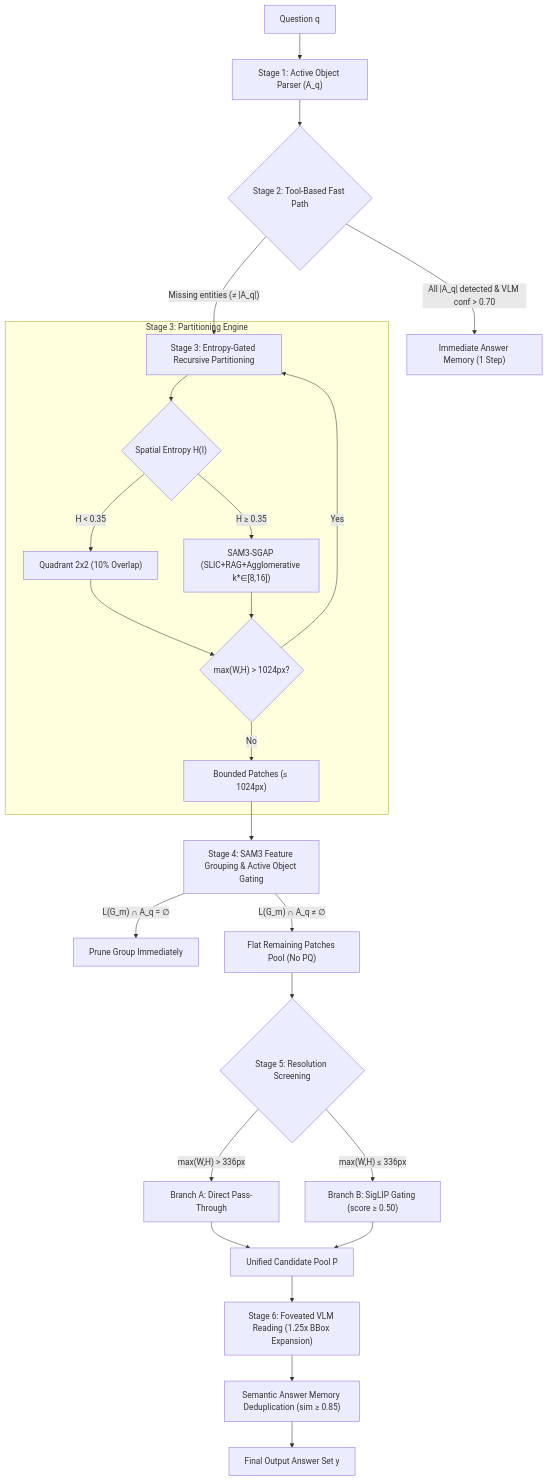
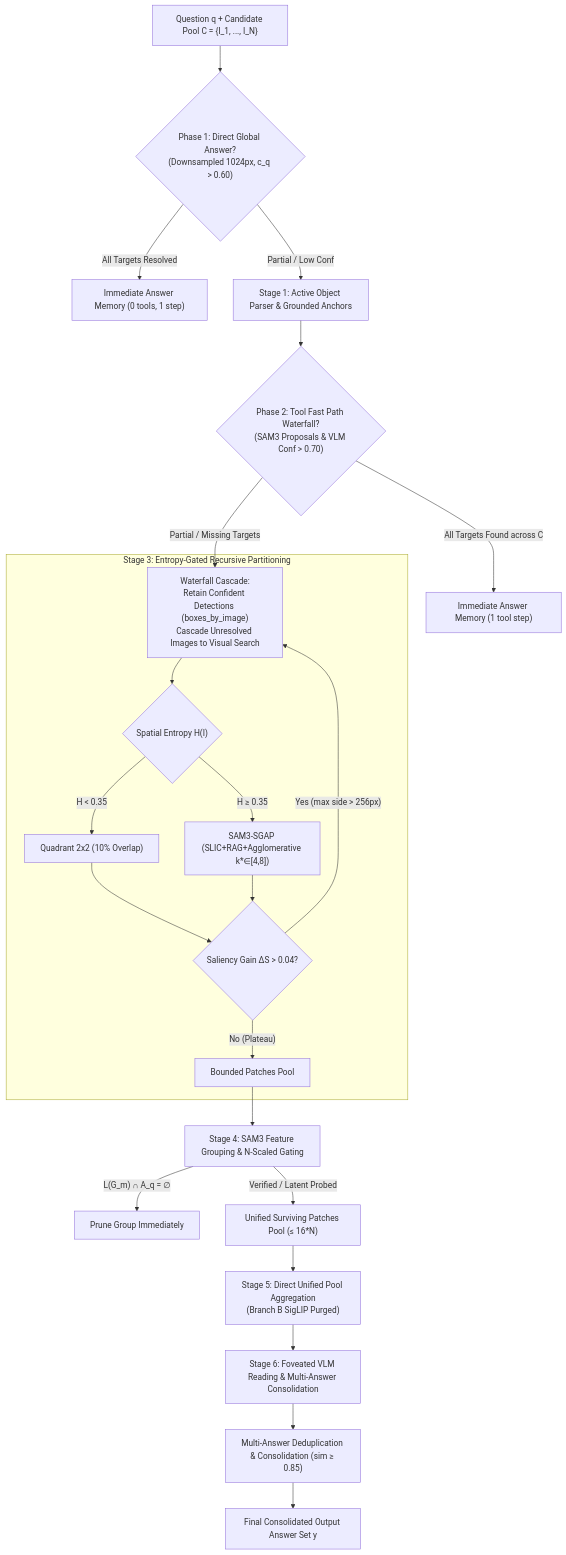
The diagram in README.md (tothanhdat2006/MSSearch), drawn with Mermaid before and after one commit. The commit also changed other lines of this file, not shown here.

Commit message:
docs: update MSSearch README to reflect waterfall cascade, Stage 5 direct pass-through, and multisource budget scaling

````diff
--- a/README.md
+++ b/README.md
@@ -16,32 +16,30 @@
 ```mermaid
-graph TD
-    Q["Question q"] --> S1["Stage 1: Active Object Parser (A_q)"]
-    S1 --> S2{"Stage 2: Tool-Based Fast Path"}
-    S2 -- "All |A_q| detected & VLM conf > 0.70" --> FAST_EXIT["Immediate Answer Memory (1 Step)"]
-    S2 -- "Missing entities (≠ |A_q|)" --> S3["Stage 3: Entropy-Gated Recursive Partitioning"]
+flowchart TD
+    Q["Question q + Candidate Pool C = {I_1, ..., I_N}"] --> P1{"Phase 1: Direct Global Answer?<br/>(Downsampled 1024px, c_q > 0.60)"}
+    P1 -- "All Targets Resolved" --> FAST_GLOBAL["Immediate Answer Memory (0 tools, 1 step)"]
+    P1 -- "Partial / Low Conf" --> S1["Stage 1: Active Object Parser & Grounded Anchors"]
     
-    subgraph S3_SUB["Stage 3: Partitioning Engine"]
-        S3 --> ENT{"Spatial Entropy H(I)"}
+    S1 --> P2{"Phase 2: Tool Fast Path Waterfall?<br/>(SAM3 Proposals & VLM Conf > 0.70)"}
+    P2 -- "All Targets Found across C" --> FAST_EXIT["Immediate Answer Memory (1 tool step)"]
+    P2 -- "Partial / Missing Targets" --> WF["Waterfall Cascade:<br/>Retain Confident Detections (boxes_by_image)<br/>Cascade Unresolved Images to Visual Search"]
+    
+    subgraph S3_SUB["Stage 3: Entropy-Gated Recursive Partitioning"]
+        WF --> ENT{"Spatial Entropy H(I)"}
         ENT -- "H < 0.35" --> QUAD["Quadrant 2x2 (10% Overlap)"]
-        ENT -- "H ≥ 0.35" --> SGAP["SAM3-SGAP (SLIC+RAG+Agglomerative k*∈[8,16])"]
-        QUAD --> REC{"max(W,H) > 1024px?"}
+        ENT -- "H ≥ 0.35" --> SGAP["SAM3-SGAP (SLIC+RAG+Agglomerative k*∈[4,8])"]
+        QUAD --> REC{"Saliency Gain ΔS > 0.04?"}
         SGAP --> REC
-        REC -- "Yes" --> S3
-        REC -- "No" --> POOL1["Bounded Patches (≤ 1024px)"]
+        REC -- "Yes (max side > 256px)" --> WF
+        REC -- "No (Plateau)" --> POOL1["Bounded Patches Pool"]
     end
 
-    POOL1 --> S4["Stage 4: SAM3 Feature Grouping & Active Object Gating"]
+    POOL1 --> S4["Stage 4: SAM3 Feature Grouping & N-Scaled Gating"]
     S4 -- "L(G_m) ∩ A_q = ∅" --> PRUNE["Prune Group Immediately"]
-    S4 -- "L(G_m) ∩ A_q ≠ ∅" --> POOL2["Flat Remaining Patches Pool (No PQ)"]
+    S4 -- "Verified / Latent Probed" --> POOL2["Unified Surviving Patches Pool (≤ 16*N)"]
 
-    POOL2 --> S5{"Stage 5: Resolution Screening"}
-    S5 -- "max(W,H) > 336px" --> BR_A["Branch A: Direct Pass-Through"]
-    S5 -- "max(W,H) ≤ 336px" --> BR_B["Branch B: SigLIP Gating (score ≥ 0.50)"]
+    POOL2 --> S5["Stage 5: Direct Unified Pool Aggregation<br/>(Branch B SigLIP Purged)"]
     
-    BR_A --> POOL3["Unified Candidate Pool P"]
-    BR_B --> POOL3
-
-    POOL3 --> S6["Stage 6: Foveated VLM Reading (1.25x BBox Expansion)"]
-    S6 --> DEDUP["Semantic Answer Memory Deduplication (sim ≥ 0.85)"]
-    DEDUP --> OUT["Final Output Answer Set y"]
+    S5 --> S6["Stage 6: Foveated VLM Reading & Multi-Answer Consolidation"]
+    S6 --> DEDUP["Multi-Answer Deduplication & Consolidation (sim ≥ 0.85)"]
+    DEDUP --> OUT["Final Consolidated Output Answer Set y"]
 ```
````
